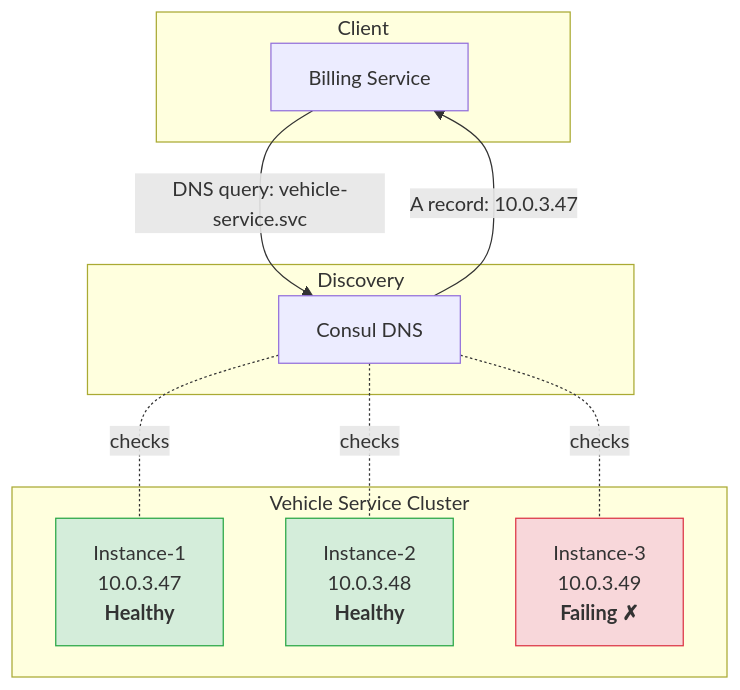
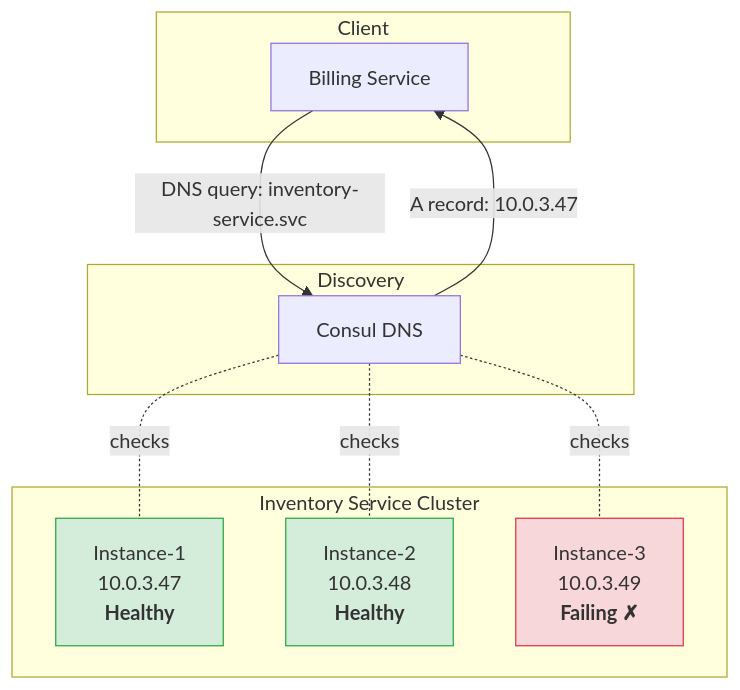
Before and after one commit to michalsniezko/michalsniezko.github.io: the diagram in microservices-observability/consul-svc-endpoints.md, drawn with Mermaid. The commit also changed other lines of this file and 56 other files, not shown here.

````diff
--- a/microservices-observability/consul-svc-endpoints.md
+++ b/microservices-observability/consul-svc-endpoints.md
@@ -14,27 +14,27 @@
 ```mermaid
 graph TD
     subgraph Client
     A[Billing Service]
     end
 
     subgraph Discovery
     B[Consul DNS]
     end
 
-    subgraph "Vehicle Service Cluster"
+    subgraph "Inventory Service Cluster"
     I1[Instance-1 <br/>10.0.3.47 <br/><b>Healthy</b>]
     I2[Instance-2 <br/>10.0.3.48 <br/><b>Healthy</b>]
     I3[Instance-3 <br/>10.0.3.49 <br/><b>Failing ✗</b>]
     end
 
-    A -- "DNS query: vehicle-service.svc" --> B
+    A -- "DNS query: inventory-service.svc" --> B
     B -- "A record: 10.0.3.47" --> A
 
     B -. checks .- I1
     B -. checks .- I2
     B -. checks .- I3
 
     style I1 fill:#d4edda,stroke:#28a745
     style I2 fill:#d4edda,stroke:#28a745
     style I3 fill:#f8d7da,stroke:#dc3545
 ```
````
